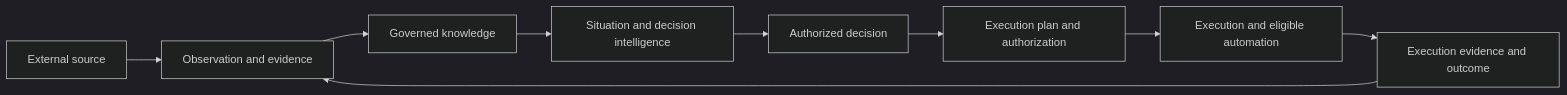
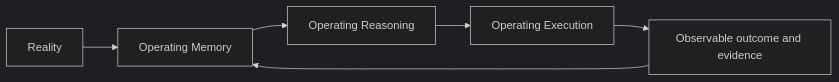
Before and after one commit to guillermomdehoyoso-stack/CTO-Office-Yarvis: the first of 2 diagrams in docs/architecture/YARVIS_TARGET_ARCHITECTURE.md, drawn with Mermaid (dark theme). The commit also changed other lines of this file and 11 other files, not shown here.

Commit message:
OE-001: define operational execution architecture

````diff
--- a/docs/architecture/YARVIS_TARGET_ARCHITECTURE.md
+++ b/docs/architecture/YARVIS_TARGET_ARCHITECTURE.md
@@ -7,11 +7,8 @@
 ```mermaid
 flowchart LR
-    Source["External source"] --> Observation["Observation and evidence"]
-    Observation --> Knowledge["Governed knowledge"]
-    Knowledge --> Reasoning["Situation and decision intelligence"]
-    Reasoning --> Decision["Authorized decision"]
-    Decision --> Plan["Execution plan and authorization"]
-    Plan --> Execution["Execution and eligible automation"]
-    Execution --> Evidence["Execution evidence and outcome"]
-    Evidence --> Observation
+    Reality --> Memory["Operating Memory"]
+    Memory --> Reasoning["Operating Reasoning"]
+    Reasoning --> Execution["Operating Execution"]
+    Execution --> Evidence["Observable outcome and evidence"]
+    Evidence --> Memory
 ```
````
